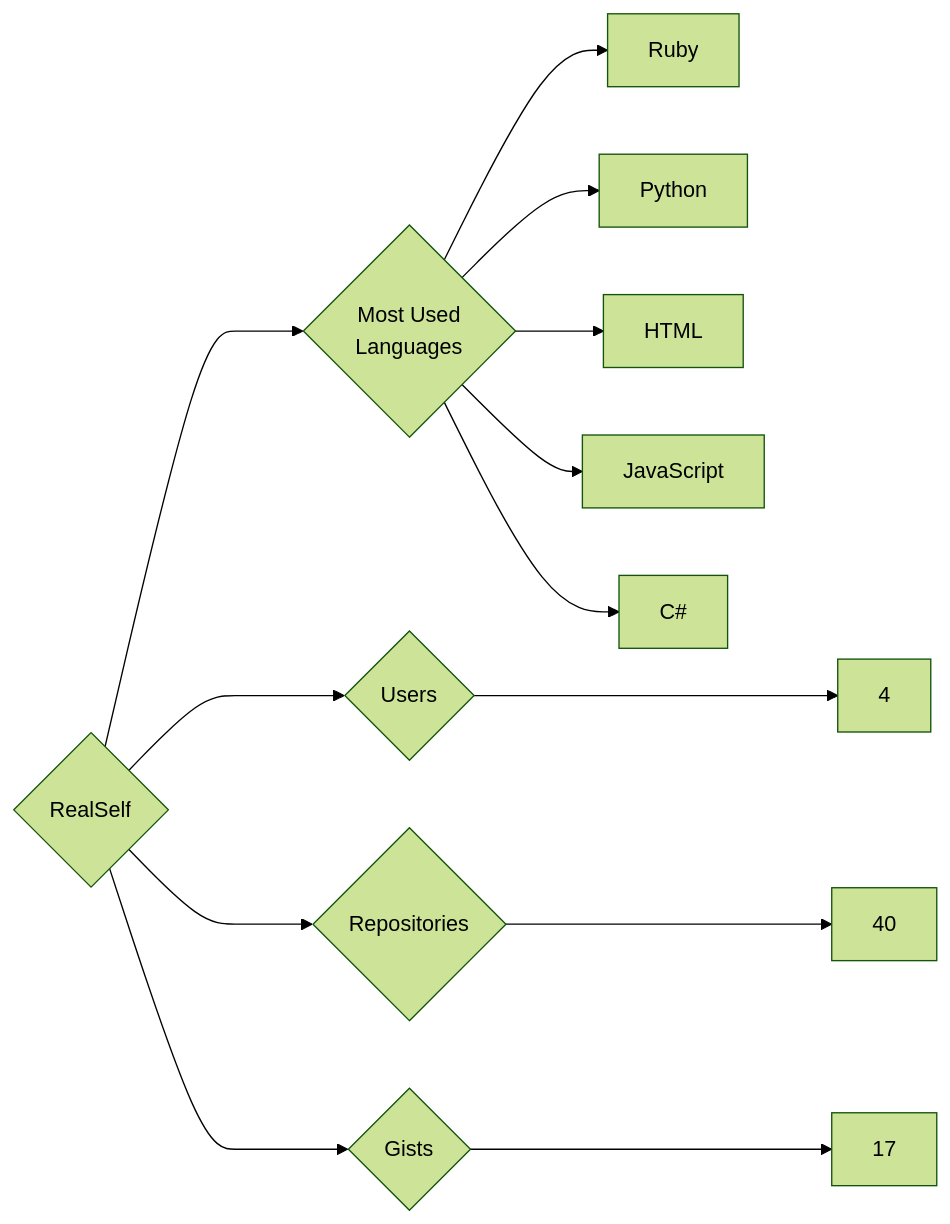
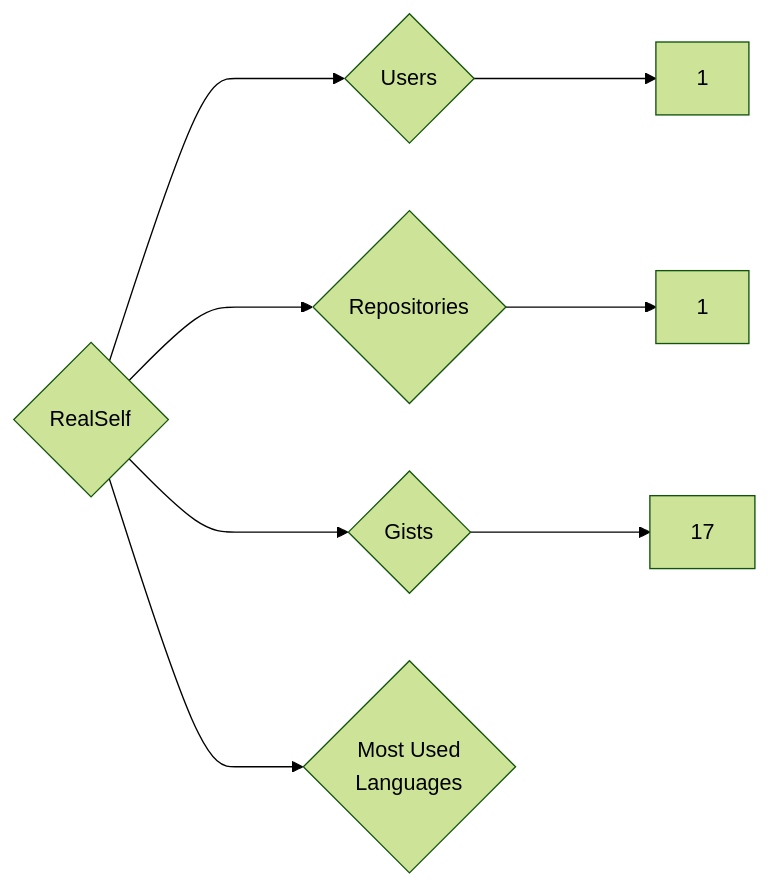
Before and after one commit to trickest/insiders: the diagram in targets/RealSelf/README.md, drawn with Mermaid (forest theme). The commit also changed 953 other files, not shown here.

````diff
--- a/targets/RealSelf/README.md
+++ b/targets/RealSelf/README.md
@@ -3,13 +3,8 @@
 ```mermaid
 graph LR
 COMPANY_NAME{RealSelf}
-COMPANY_NAME ---> U{Users} ---> UN[4]
-COMPANY_NAME ---> R{Repositories} ---> RN[40]
+COMPANY_NAME ---> U{Users} ---> UN[1]
+COMPANY_NAME ---> R{Repositories} ---> RN[1]
 COMPANY_NAME ---> G{Gists} ---> GN[17]
 COMPANY_NAME ---> ML{Most Used<br>Languages}
-ML --> Ruby[Ruby]
-ML --> Python[Python]
-ML --> HTML[HTML]
-ML --> JavaScript[JavaScript]
-ML --> C#[C#]
 ```
````
